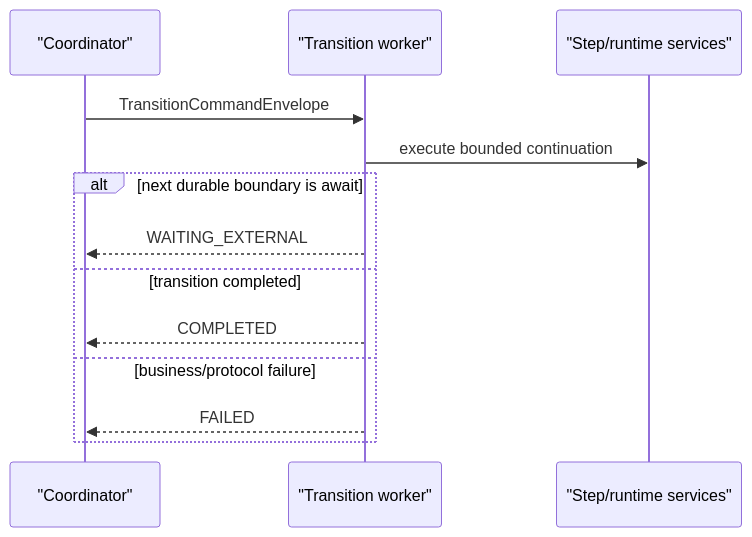
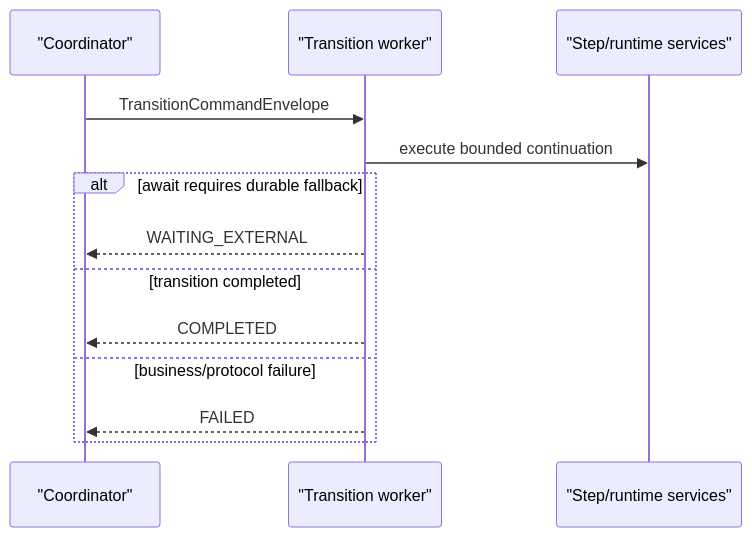
One commit to The-Pipeline-Framework/pipelineframework changed the diagram in docs/evolve/durable-coordinator/worker-protocols.md. Above: the diagram before and after it, drawn with Mermaid. The commit also changed other lines of this file and 13 other files, not shown here.

````diff
--- a/docs/evolve/durable-coordinator/worker-protocols.md
+++ b/docs/evolve/durable-coordinator/worker-protocols.md
@@ -9,16 +9,16 @@
 ```mermaid
 sequenceDiagram
     participant Coord as "Coordinator"
     participant Worker as "Transition worker"
     participant Steps as "Step/runtime services"
 
     Coord->>Worker: TransitionCommandEnvelope
     Worker->>Steps: execute bounded continuation
-    alt next durable boundary is await
+    alt await requires durable fallback
         Worker-->>Coord: WAITING_EXTERNAL
     else transition completed
         Worker-->>Coord: COMPLETED
     else business/protocol failure
         Worker-->>Coord: FAILED
     end
 ```
````
